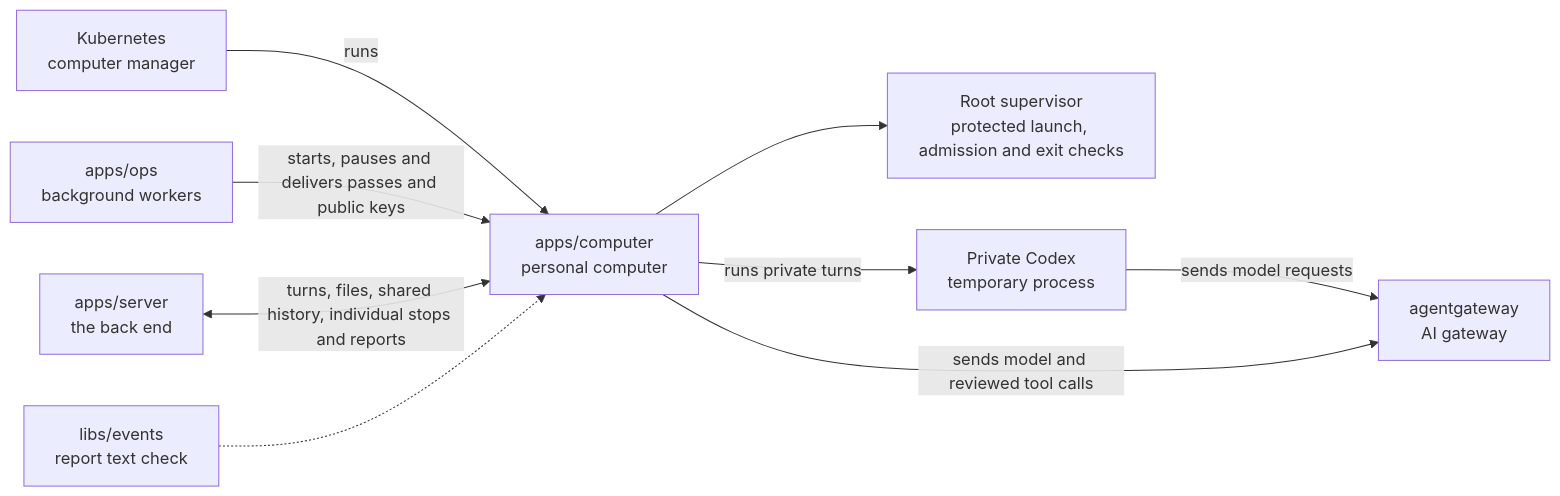
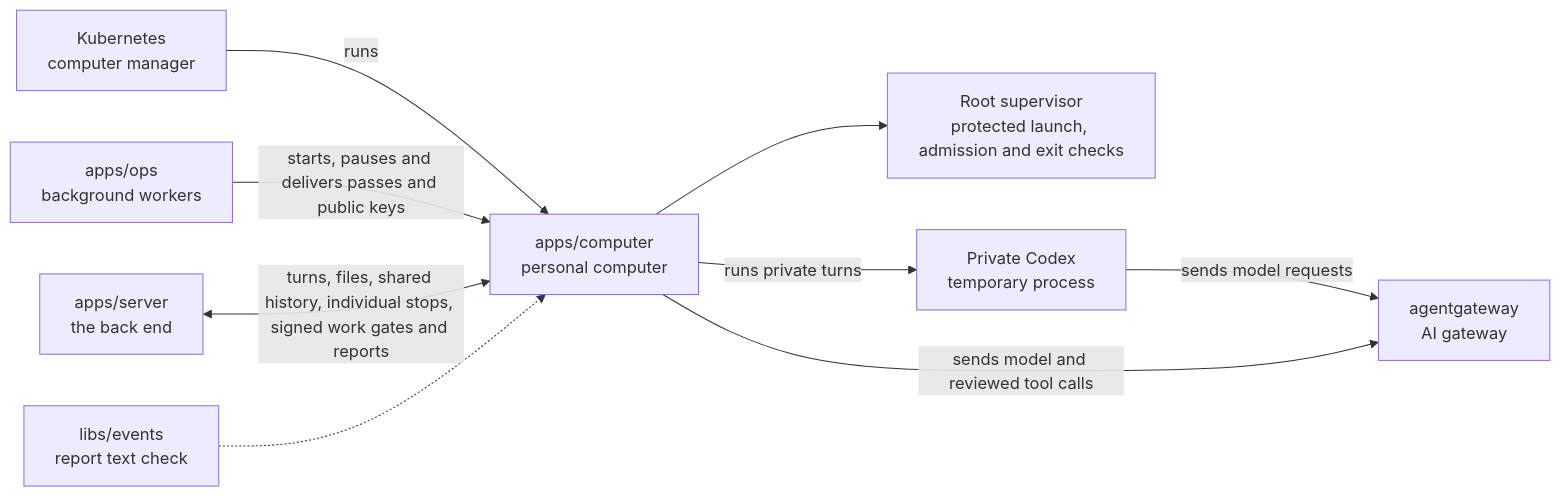
One commit to elewa-git/opencrane-new changed the diagram in apps/computer/README.md. Above: the diagram before and after it, drawn with Mermaid. The commit also changed other lines of this file and 8 other files, not shown here.

Commit message:
🚦 Send signed work gates and check bridge receipts

````diff
--- a/apps/computer/README.md
+++ b/apps/computer/README.md
@@ -22,11 +22,11 @@
 ```mermaid
 flowchart LR
   kube["Kubernetes<br/>computer manager"] -->|runs| computer["apps/computer<br/>personal computer"]
   ops["apps/ops<br/>background workers"] -->|starts, pauses and delivers passes and public keys| computer
-  server["apps/server<br/>the back end"] <-->|turns, files, shared history, individual stops and reports| computer
+  server["apps/server<br/>the back end"] <-->|turns, files, shared history, individual stops, signed work gates and reports| computer
   events["libs/events<br/>report text check"] -.-> computer
   computer --> supervisor["Root supervisor<br/>protected launch, admission and exit checks"]
   computer -->|runs private turns| private["Private Codex<br/>temporary process"]
   private -->|sends model requests| gateway
   computer -->|sends model and reviewed tool calls| gateway["agentgateway<br/>AI gateway"]
 ```
````
